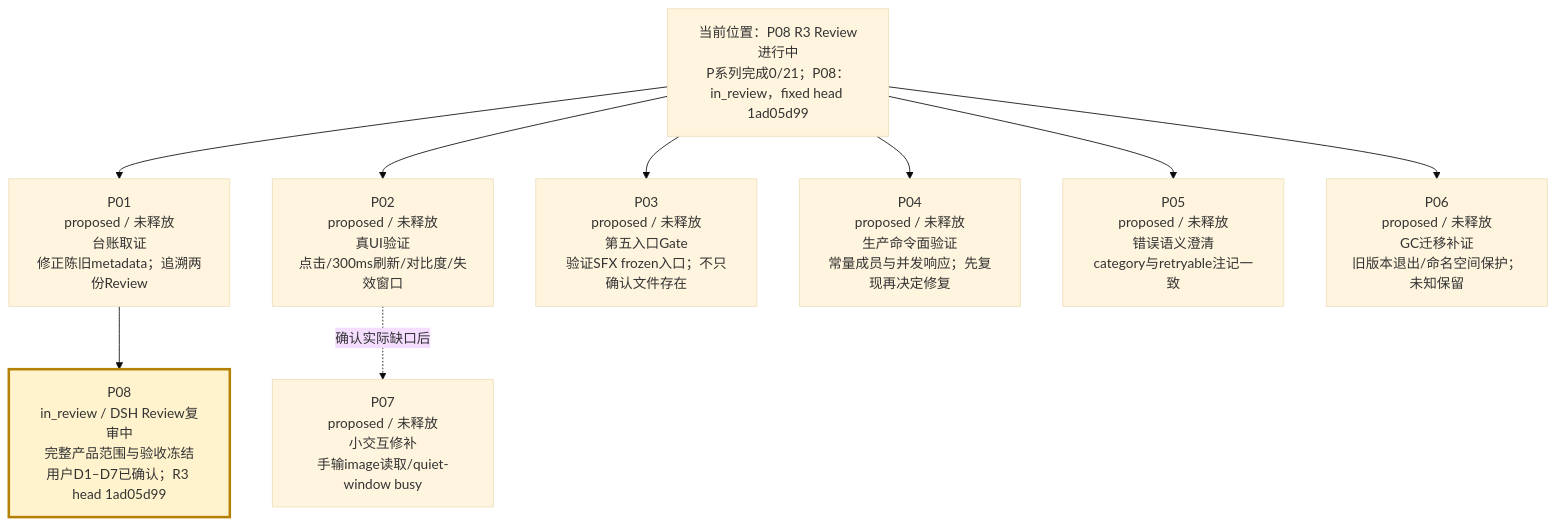
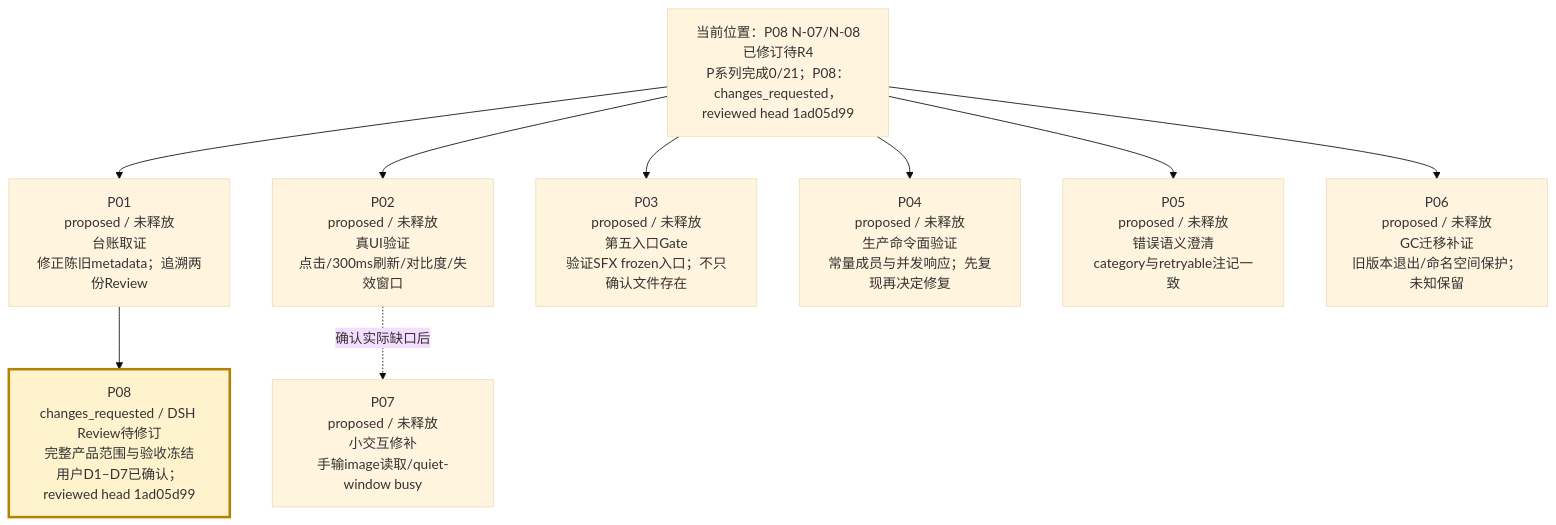
The second of 4 diagrams in verification/PROJECT-ROADMAP-20261008/ROADMAP.md (peakwheat-pixel/New-Manga), drawn with Mermaid (base theme) before and after one commit. The commit also changed other lines of this file and 14 other files, not shown here.

````diff
--- a/verification/PROJECT-ROADMAP-20261008/ROADMAP.md
+++ b/verification/PROJECT-ROADMAP-20261008/ROADMAP.md
@@ -30,12 +30,12 @@
 ```mermaid
 flowchart TB
-  BASE["当前位置：P08 R3 Review进行中<br/>P系列完成0/21；P08：in_review，fixed head 1ad05d99"] --> P01["P01<br/>proposed / 未释放<br/>台账取证<br/>修正陈旧metadata；追溯两份Review"]
+  BASE["当前位置：P08 N-07/N-08已修订待R4<br/>P系列完成0/21；P08：changes_requested，reviewed head 1ad05d99"] --> P01["P01<br/>proposed / 未释放<br/>台账取证<br/>修正陈旧metadata；追溯两份Review"]
   BASE --> P02["P02<br/>proposed / 未释放<br/>真UI验证<br/>点击/300ms刷新/对比度/失效窗口"]
   BASE --> P03["P03<br/>proposed / 未释放<br/>第五入口Gate<br/>验证SFX frozen入口；不只确认文件存在"]
   BASE --> P04["P04<br/>proposed / 未释放<br/>生产命令面验证<br/>常量成员与并发响应；先复现再决定修复"]
   BASE --> P05["P05<br/>proposed / 未释放<br/>错误语义澄清<br/>category与retryable注记一致"]
   BASE --> P06["P06<br/>proposed / 未释放<br/>GC迁移补证<br/>旧版本退出/命名空间保护；未知保留"]
   P02 -. "确认实际缺口后" .-> P07["P07<br/>proposed / 未释放<br/>小交互修补<br/>手输image读取/quiet-window busy"]
-  P01 --> P08["P08<br/>in_review / DSH Review复审中<br/>完整产品范围与验收冻结<br/>用户D1–D7已确认；R3 head 1ad05d99"]
+  P01 --> P08["P08<br/>changes_requested / DSH Review待修订<br/>完整产品范围与验收冻结<br/>用户D1–D7已确认；reviewed head 1ad05d99"]
   style P08 fill:#fff3cd,stroke:#b58105,stroke-width:3px
 ```
````
